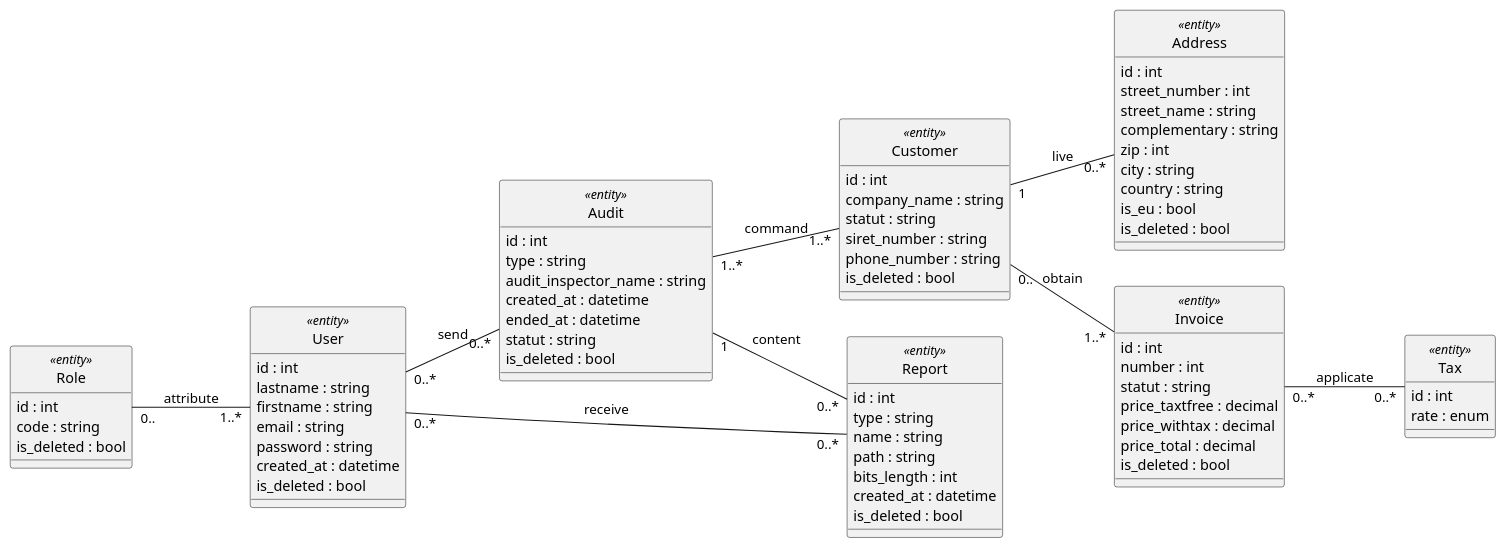
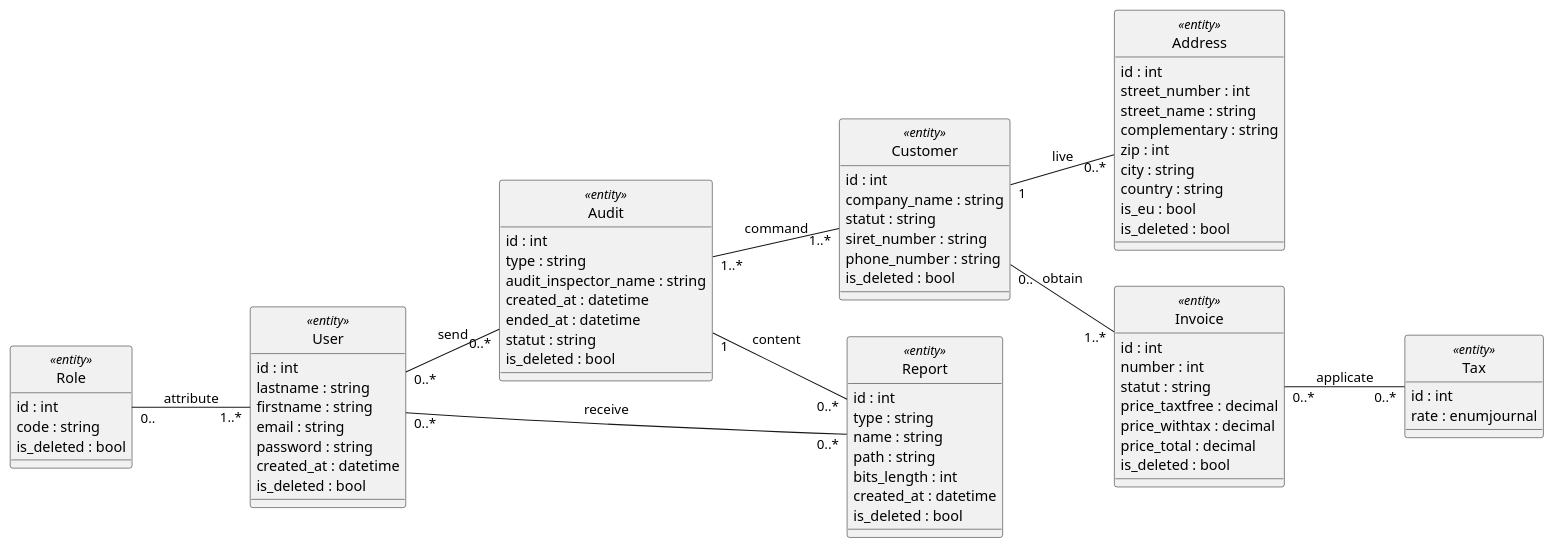
The diagram in conception/casandrav1MCD.puml (PatrickBevis/cassandra-project), drawn with PlantUML before and after one commit. The commit also changed 20 other files, not shown here.

```diff
--- a/conception/casandrav1MCD.puml
+++ b/conception/casandrav1MCD.puml
@@ -1,96 +1,93 @@
 @startuml Cassandra
 left to right direction
 hide circle
 skinparam classAttributeIconSize 0
 
 
 
 
 class Role <<entity>> {
   id : int
   code : string
   is_deleted : bool
 }
 
 class User <<entity>> {
   id : int
   lastname : string
   firstname : string
   email : string
   password : string
   created_at : datetime
   is_deleted : bool
 }
-
-
-
 
 class Address <<entity>> {
   id : int
   street_number : int
   street_name : string
   complementary : string
   zip : int
   city : string
   country : string
   is_eu : bool
   is_deleted : bool
 }
 
 class Customer <<entity>> {
   id : int
   company_name : string
   statut : string
   siret_number : string
   phone_number : string
   is_deleted : bool
 }
 
 class Invoice <<entity>> {
   id : int
   number : int
   statut : string
   price_taxtfree : decimal
   price_withtax : decimal
   price_total : decimal
   is_deleted : bool
 }
 
 class Tax <<entity>> {
   id : int
-  rate : enum
+  rate : enumjournal
 }
 
 class Audit <<entity>> {
   id : int
   type : string
   audit_inspector_name : string
   created_at : datetime
   ended_at : datetime
   statut : string
   is_deleted : bool
 }
 
 class Report <<entity>> {
   id : int
   type : string
   name : string
   path : string
   bits_length : int
   created_at : datetime
   is_deleted : bool
 }
 
 
 
 
 Role     "0.."   -- "1..*" User     : attribute
 User     "0..*"  -- "0..*" Audit    : send
 User     "0..*"  -- "0..*" Report   : receive
 Audit    "1"     -- "0..*" Report   : content
 Audit    "1..*"  -- "1..*" Customer : command
 Customer "1"     -- "0..*" Address  : live
 Customer "0.."   -- "1..*" Invoice  : obtain
 Invoice  "0..*"  -- "0..*" Tax      : applicate
 
 @enduml
```
